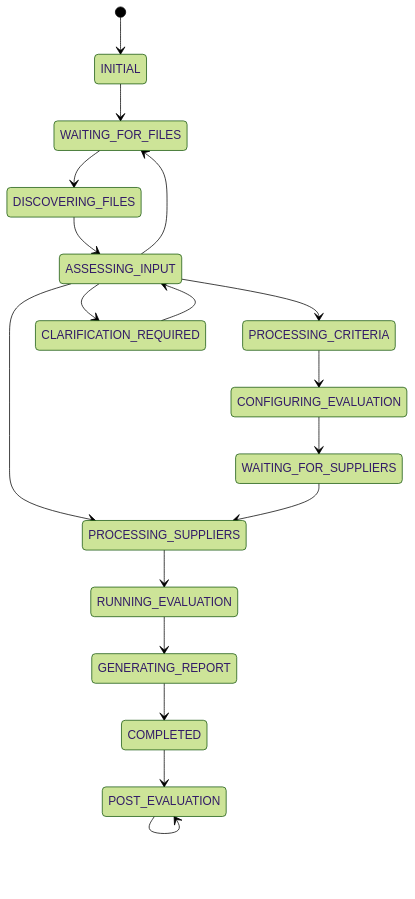
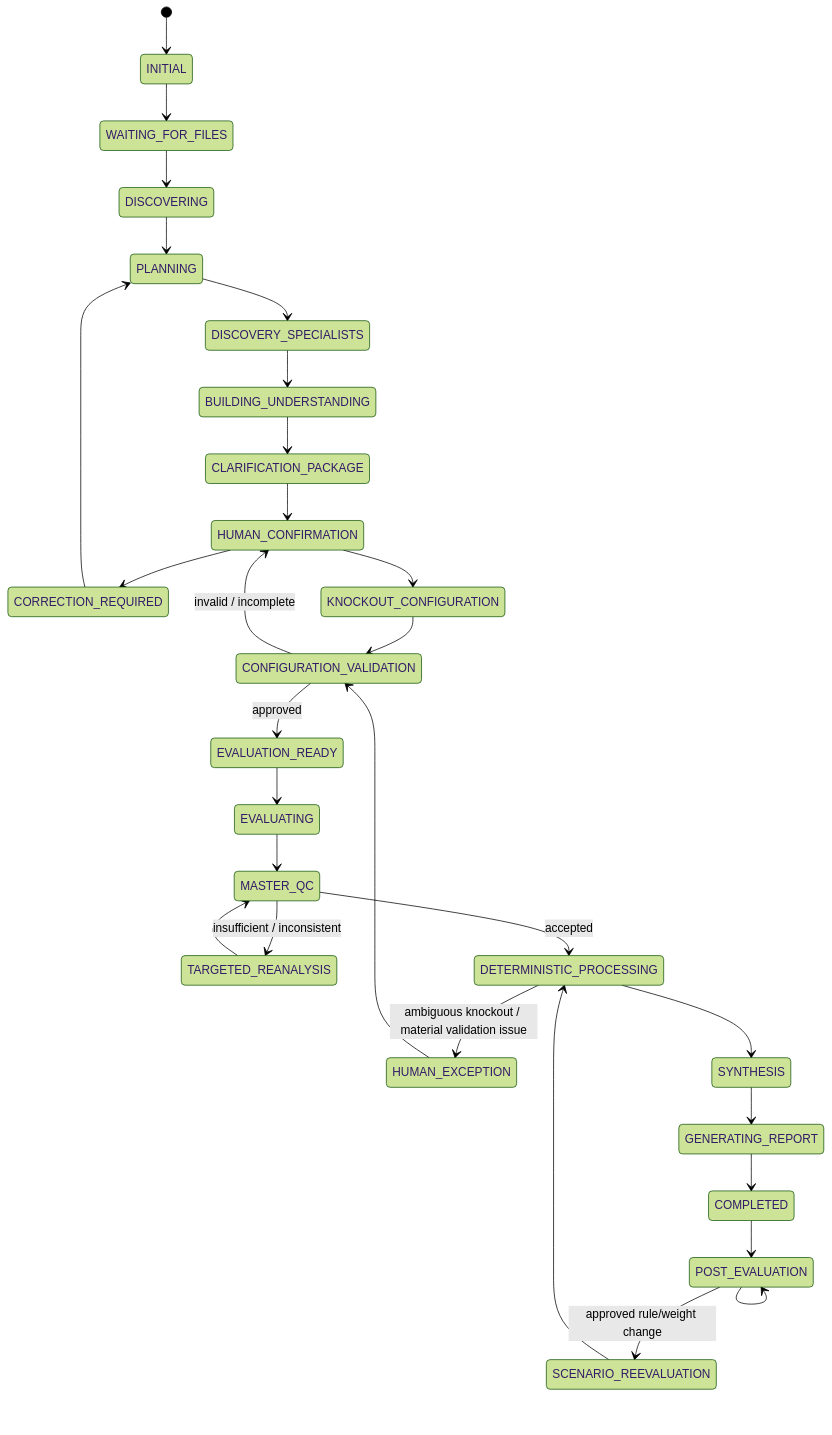
The diagram in Bid Analysis Agent/05-Conversation-State-Machine.md (adityarane-ai/Agentic-Orchestrations), drawn with Mermaid (forest theme) before and after one commit. The commit also changed other lines of this file, not shown here.

Commit message:
Replace conversation state machine with formal HITL evaluation gate

````diff
--- a/Bid Analysis Agent/05-Conversation-State-Machine.md
+++ b/Bid Analysis Agent/05-Conversation-State-Machine.md
@@ -47,34 +21,38 @@
 ```mermaid
 stateDiagram-v2
 
 [*] --> INITIAL
+INITIAL --> WAITING_FOR_FILES
+WAITING_FOR_FILES --> DISCOVERING
+DISCOVERING --> PLANNING
+PLANNING --> DISCOVERY_SPECIALISTS
+DISCOVERY_SPECIALISTS --> BUILDING_UNDERSTANDING
+BUILDING_UNDERSTANDING --> CLARIFICATION_PACKAGE
+CLARIFICATION_PACKAGE --> HUMAN_CONFIRMATION
 
-INITIAL --> WAITING_FOR_FILES
+HUMAN_CONFIRMATION --> CORRECTION_REQUIRED
+CORRECTION_REQUIRED --> PLANNING
 
-WAITING_FOR_FILES --> DISCOVERING_FILES
+HUMAN_CONFIRMATION --> KNOCKOUT_CONFIGURATION
+KNOCKOUT_CONFIGURATION --> CONFIGURATION_VALIDATION
 
-DISCOVERING_FILES --> ASSESSING_INPUT
+CONFIGURATION_VALIDATION --> HUMAN_CONFIRMATION : invalid / incomplete
+CONFIGURATION_VALIDATION --> EVALUATION_READY : approved
 
-ASSESSING_INPUT --> PROCESSING_CRITERIA
-ASSESSING_INPUT --> PROCESSING_SUPPLIERS
-ASSESSING_INPUT --> CLARIFICATION_REQUIRED
-ASSESSING_INPUT --> WAITING_FOR_FILES
+EVALUATION_READY --> EVALUATING
+EVALUATING --> MASTER_QC
+MASTER_QC --> TARGETED_REANALYSIS : insufficient / inconsistent
+TARGETED_REANALYSIS --> MASTER_QC
+MASTER_QC --> DETERMINISTIC_PROCESSING : accepted
 
-CLARIFICATION_REQUIRED --> ASSESSING_INPUT
+DETERMINISTIC_PROCESSING --> HUMAN_EXCEPTION : ambiguous knockout / material validation issue
+HUMAN_EXCEPTION --> CONFIGURATION_VALIDATION
 
-PROCESSING_CRITERIA --> CONFIGURING_EVALUATION
-
-CONFIGURING_EVALUATION --> WAITING_FOR_SUPPLIERS
-
-WAITING_FOR_SUPPLIERS --> PROCESSING_SUPPLIERS
-
-PROCESSING_SUPPLIERS --> RUNNING_EVALUATION
-
-RUNNING_EVALUATION --> GENERATING_REPORT
-
+DETERMINISTIC_PROCESSING --> SYNTHESIS
+SYNTHESIS --> GENERATING_REPORT
 GENERATING_REPORT --> COMPLETED
-
 COMPLETED --> POST_EVALUATION
-
+POST_EVALUATION --> SCENARIO_REEVALUATION : approved rule/weight change
+SCENARIO_REEVALUATION --> DETERMINISTIC_PROCESSING
 POST_EVALUATION --> POST_EVALUATION
 ```
````
